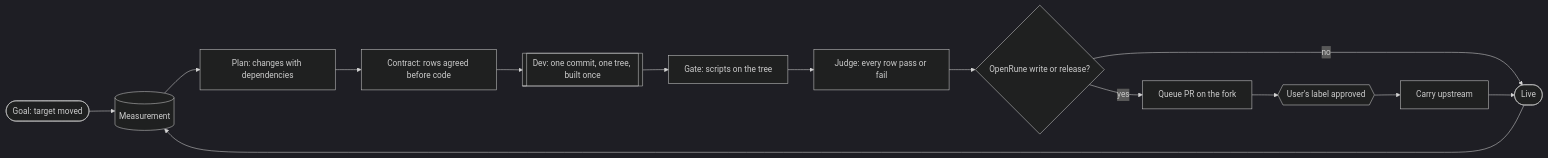
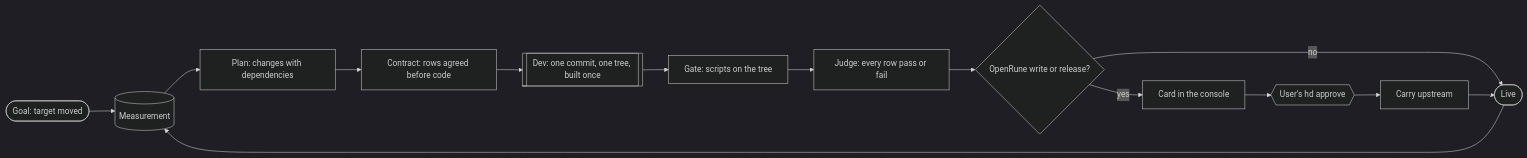
One commit to AlexPerrin/RuneHarness changed the diagram in docs/PROBLEM.md. Above: the diagram before and after it, drawn with Mermaid (dark theme). The commit also changed other lines of this file and 9 other files, not shown here.

First line of the commit message:
harness: the user reviews each complete PR as a card in the console; no fork queue PRs

````diff
--- a/docs/PROBLEM.md
+++ b/docs/PROBLEM.md
@@ -60,14 +60,14 @@
 ```mermaid
 flowchart LR
   g([Goal: target moved]) --> m[(Measurement)]
   m --> o[Plan: changes with dependencies]
   o --> k[Contract: rows agreed before code]
   k --> d[[Dev: one commit, one tree, built once]]
   d --> c[Gate: scripts on the tree]
   c --> j[Judge: every row pass or fail]
   j --> s{OpenRune write or release?}
-  s -- yes --> q[Queue PR on the fork] --> u{{User's label approved}} --> r[Carry upstream]
+  s -- yes --> q[Card in the console] --> u{{User's hd approve}} --> r[Carry upstream]
   s -- no --> l([Live])
   r --> l
   l --> m
 ```
````
